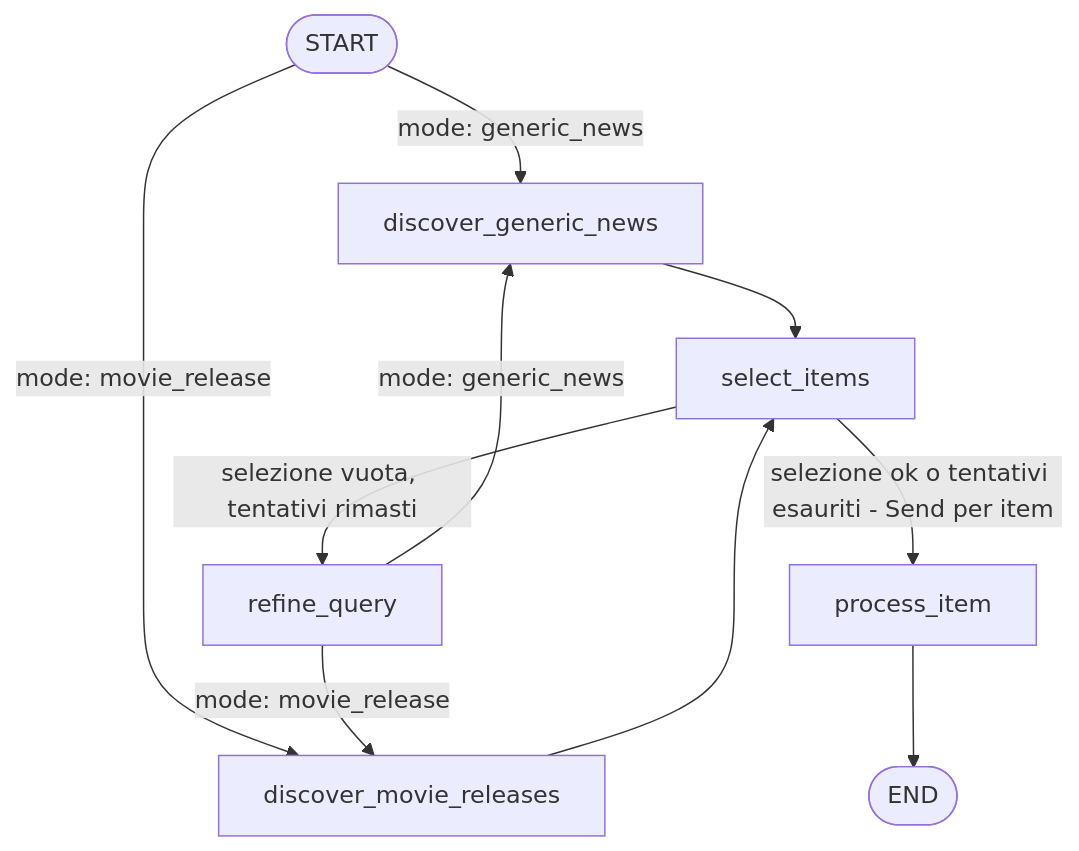
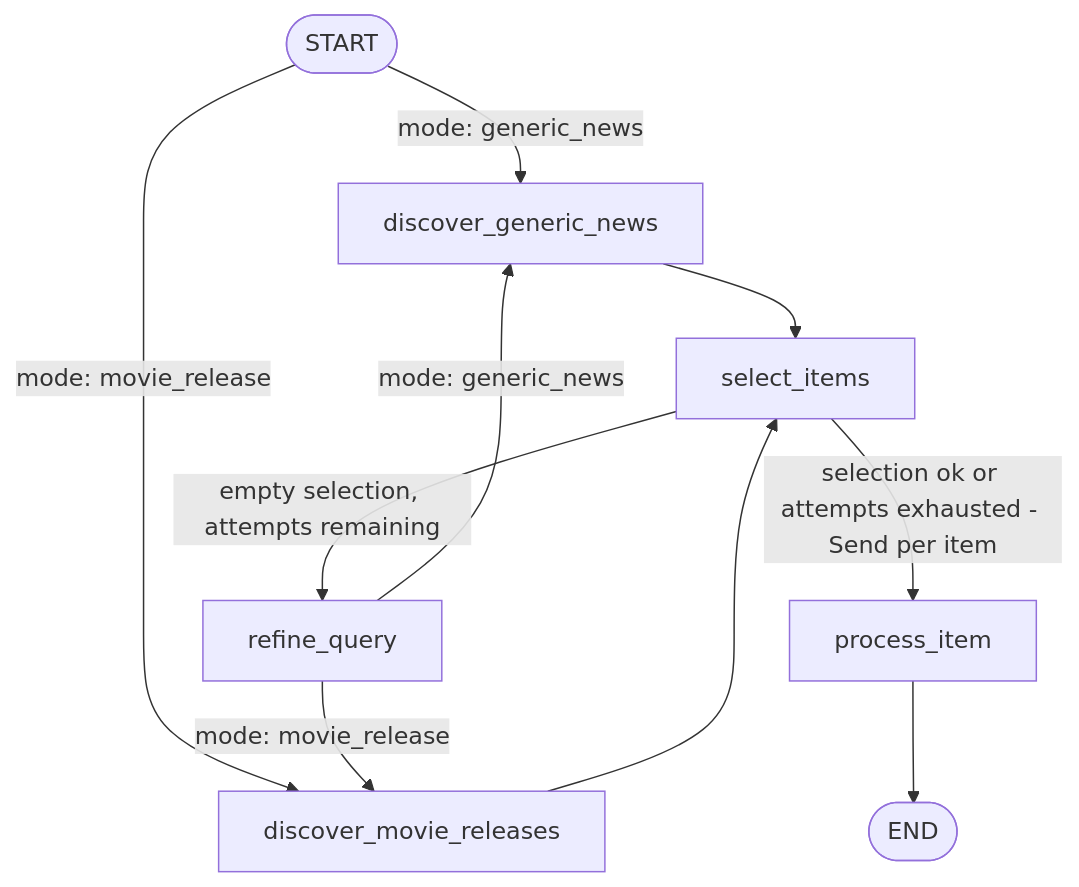
One commit to frrmrc/cinema_social_media_manager_agent changed the diagram in README.md. Above: the diagram before and after it, drawn with Mermaid. The commit also changed other lines of this file and 16 other files, not shown here.

````diff
--- a/README.md
+++ b/README.md
@@ -12,12 +12,12 @@
 ```mermaid
 flowchart TD
     S([START]) -->|mode: generic_news| DGN[discover_generic_news]
     S -->|mode: movie_release| DMR[discover_movie_releases]
     DGN --> SEL[select_items]
     DMR --> SEL
-    SEL -->|selezione vuota, tentativi rimasti| REF[refine_query]
-    SEL -->|selezione ok o tentativi esauriti - Send per item| PI[process_item]
+    SEL -->|empty selection, attempts remaining| REF[refine_query]
+    SEL -->|selection ok or attempts exhausted - Send per item| PI[process_item]
     REF -->|mode: generic_news| DGN
     REF -->|mode: movie_release| DMR
     PI --> E([END])
 ```
````
